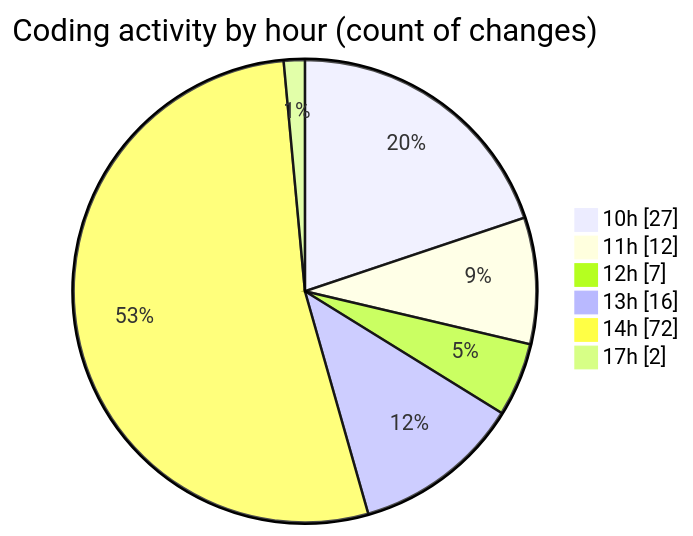
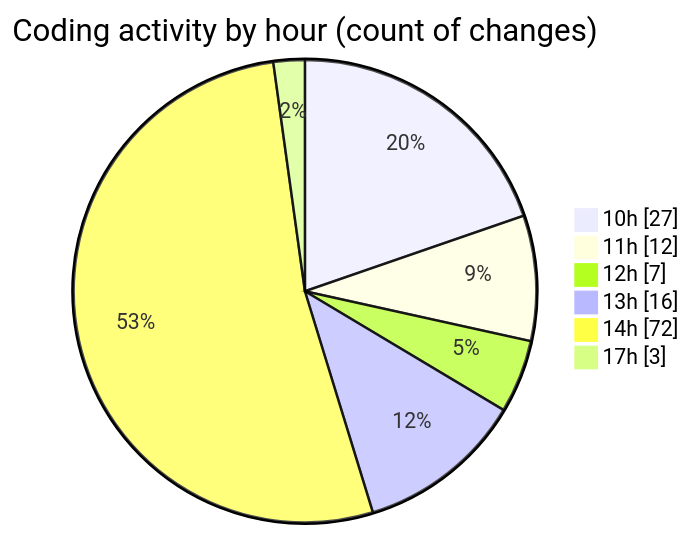
The second of 2 diagrams in 2025-03-01/myws__workspace_/README.md (MatusMokan/code-tracking), drawn with Mermaid before and after one commit. The commit also changed other lines of this file and 1 other file, not shown here.

````diff
--- a/2025-03-01/myws__workspace_/README.md
+++ b/2025-03-01/myws__workspace_/README.md
@@ -41,10 +41,10 @@
 ```mermaid
 pie showData
 title Coding activity by hour (count of changes)
 "10h" : 27
 "11h" : 12
 "12h" : 7
 "13h" : 16
 "14h" : 72
-"17h" : 2
+"17h" : 3
 ```
````
